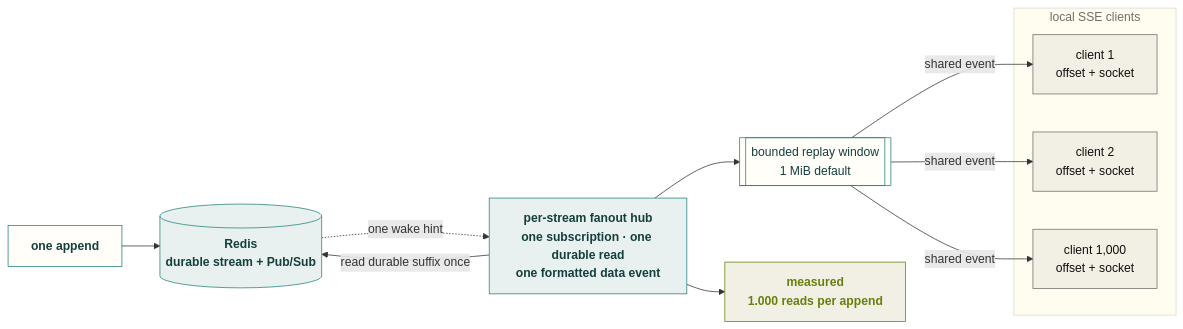
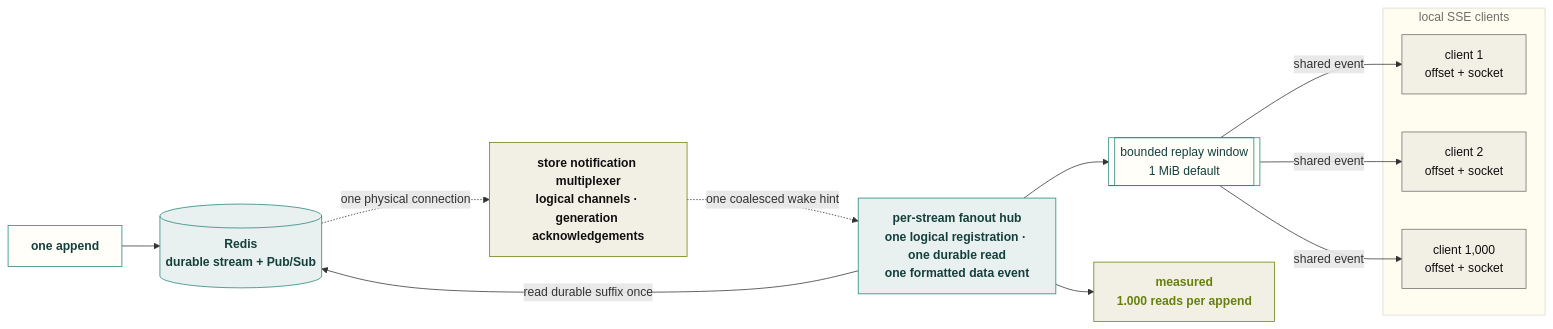
One commit to adityavkk/chronicle changed the diagram in docs-site/diagrams/wiki-sse-new.mmd. Above: the diagram before and after it, drawn with Mermaid. The commit also changed 47 other files, not shown here.

```diff
--- a/docs-site/diagrams/wiki-sse-new.mmd
+++ b/docs-site/diagrams/wiki-sse-new.mmd
@@ -1,26 +1,28 @@
 flowchart LR
     A["one append"]:::source --> R[("Redis<br/>durable stream + Pub/Sub")]:::db
-    R -.->|"one wake hint"| H["per-stream fanout hub<br/>one subscription · one durable read<br/>one formatted data event"]:::hero
+    R -.->|"one physical connection"| X["store notification multiplexer<br/>logical channels · generation acknowledgements"]:::mux
+    X -.->|"one coalesced wake hint"| H["per-stream fanout hub<br/>one logical registration · one durable read<br/>one formatted data event"]:::hero
     H -->|"read durable suffix once"| R
     H --> Q[["bounded replay window<br/>1 MiB default"]]:::buffer
 
     subgraph clients["local SSE clients"]
       C1["client 1<br/>offset + socket"]:::client
       C2["client 2<br/>offset + socket"]:::client
       CN["client 1,000<br/>offset + socket"]:::client
     end
 
     Q -->|"shared event"| C1
     Q -->|"shared event"| C2
     Q -->|"shared event"| CN
 
     M["measured<br/>1.000 reads per append"]:::metric
     H --> M
 
     classDef source fill:#FFFEF9,stroke:#24837B,color:#143F3C,font-weight:700;
     classDef db fill:#E8F1EF,stroke:#24837B,color:#143F3C,font-weight:700;
     classDef hero fill:#E8F1EF,stroke:#24837B,color:#143F3C,font-weight:700;
+    classDef mux fill:#F2F0E5,stroke:#66800B,color:#100F0F,font-weight:700;
     classDef buffer fill:#FFFEF9,stroke:#24837B,color:#143F3C;
     classDef client fill:#F2F0E5,stroke:#6F6E69,color:#100F0F;
     classDef metric fill:#F2F0E5,stroke:#66800B,color:#66800B,font-weight:700;
     style clients fill:#FFFCF0,stroke:#DAD8CE,color:#6F6E69;
```
